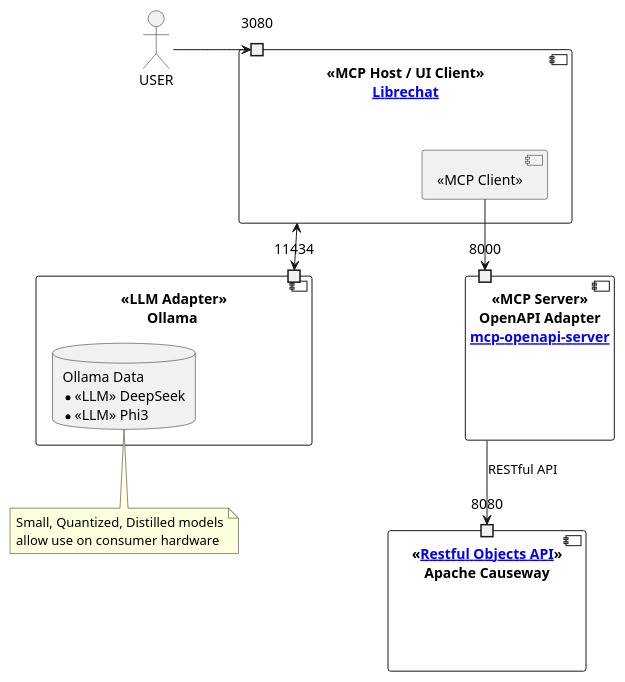
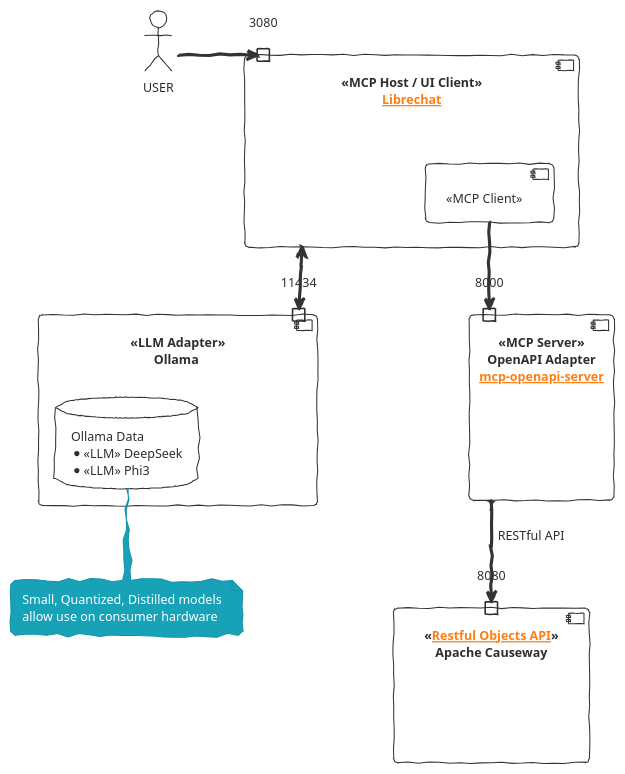
Before and after one commit to joerg-rade/chatoo: the diagram in docs/components.puml, drawn with PlantUML. The commit also changed 16 other files, not shown here.

```diff
--- a/docs/components.puml
+++ b/docs/components.puml
@@ -1,56 +1,57 @@
 @startuml
 'title Model Context Protocol (MCP) / OpenAPI Server Overview
+!theme sketchy-outline
 
 actor USER
 
 component "<<MCP Host / UI Client>>\n[[https://github.com/danny-avila/LibreChat Librechat]]" as UI {
     port "3080" as UIP
     component "<<MCP Client>>" as CLIENT
 }
 
 component "<<LLM Adapter>>\nOllama " as OLLAMA {
     port "11434" as OP
     database "Ollama Data\n* <<LLM>> DeepSeek\n* <<LLM>> Phi3" as LLM
 }
 
 component "<<MCP Server>>\nOpenAPI Adapter\n[[https://github.com/ivo-toby/mcp-openapi-server mcp-openapi-server]]" as OAA {
     port "8000" as OAP
 }
 
 component "<<[[https://www.restfulobjects.org/spec/1.0/about.html Restful Objects API]]>>\nApache Causeway" as RO {
     port "8080" as ROP
 }
 
 OAA --> ROP : RESTful API
 UI <--> OP
 CLIENT --> OAP
 USER -> UIP
 
 note bottom of LLM
     Small, Quantized, Distilled models
     allow use on consumer hardware
 end note
 
 /'note top of UI
 * <b>Dynamic Agent Orchestration:
     The client app uses mcp-use to connect to <b>multiple MCP servers simultaneously,
     with the ability to <b>dynamically select</b> which server to use for each task.
     This enables modular, agent-based orchestration of AI workflows.
 * <b>Flexible Server Config:
     MCP servers — either <b>local or remote</b> — can be <b>configured declaratively via JSON
     or <b>programmatically</b>, allowing adaptive deployments tailored to different
     runtime contexts or tools.
 * <b>LLM Interoperability:
     Language models (e.g. OpenAI, Ollama, DeepSeek) are accessed via standard
     <b>LangChain adapters</b>, abstracting away vendor-specific logic and enabling seamless
     switching or combination of models.
 * <b>Tool Access Control:
     Agents can be granted selective access to tools (e.g. files, APIs, memory) via centralized
     configuration in mcp-use, ensuring intentional permissioning and reduced risk of unintended
     tool invocation.
 * <b>Hosted & Web Integration:
     mcp-use is designed to operate in <b>headless, hosted, or browser-based environments,
     supporting both <b>local dev</b> and <b>production deployments.
 end note
 
 @enduml
```
